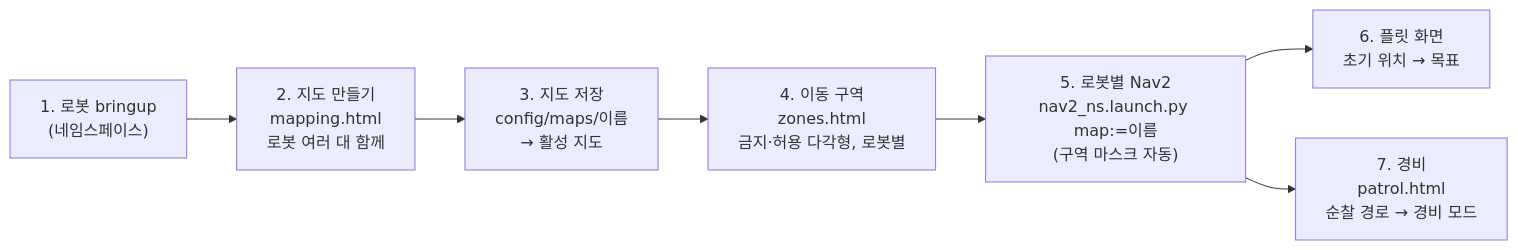
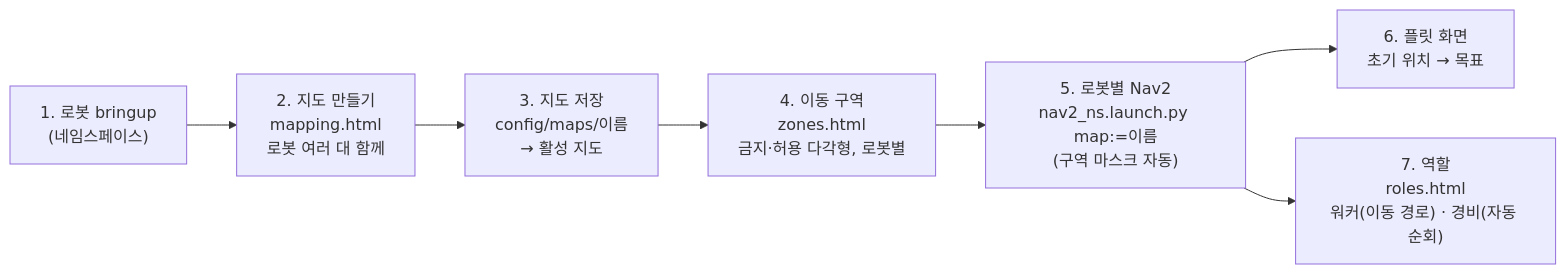
Before and after one commit to ryankim8815/ros2-fleet-console: the diagram in README.md, drawn with Mermaid. The commit also changed other lines of this file and 24 other files, not shown here.

````diff
--- a/README.md
+++ b/README.md
@@ -78,9 +84,9 @@
 ```mermaid
 flowchart LR
     A["1. 로봇 bringup<br/>(네임스페이스)"] --> B["2. 지도 만들기<br/>mapping.html<br/>로봇 여러 대 함께"]
     B --> C["3. 지도 저장<br/>config/maps/이름<br/>→ 활성 지도"]
     C --> D["4. 이동 구역<br/>zones.html<br/>금지·허용 다각형, 로봇별"]
     D --> E["5. 로봇별 Nav2<br/>nav2_ns.launch.py map:=이름<br/>(구역 마스크 자동)"]
     E --> F["6. 플릿 화면<br/>초기 위치 → 목표"]
-    E --> G["7. 경비<br/>patrol.html<br/>순찰 경로 → 경비 모드"]
+    E --> G["7. 역할<br/>roles.html<br/>워커(이동 경로) · 경비(자동 순회)"]
 ```
````
